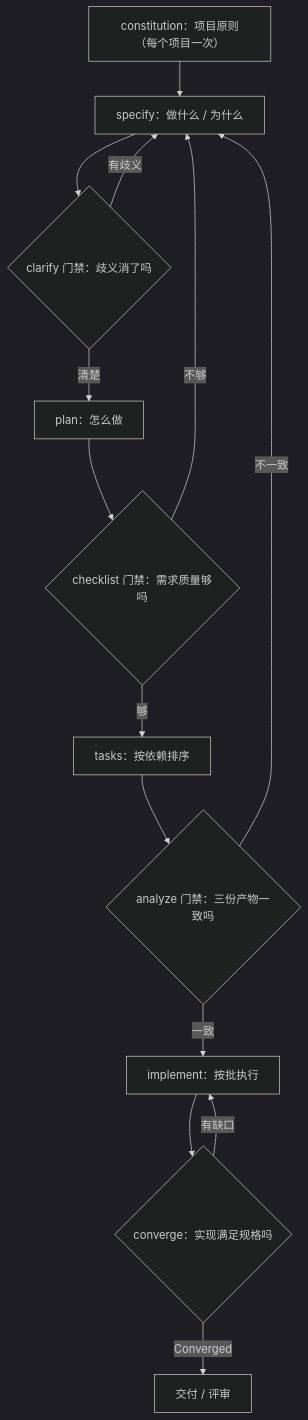
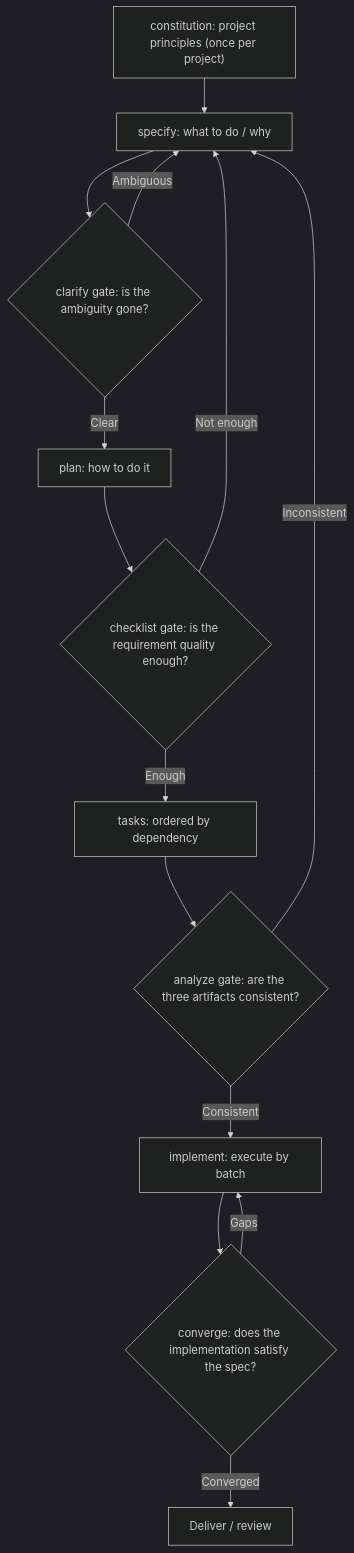
Before and after one commit to xzlxiao/vibe-coding-textbook: the first of 3 diagrams in phase2/chapters/ch08-pipeline.md, drawn with Mermaid (dark theme). The commit also changed other lines of this file and 15 other files, not shown here.

````diff
--- a/phase2/chapters/ch08-pipeline.md
+++ b/phase2/chapters/ch08-pipeline.md
@@ -50,16 +50,16 @@
 ```mermaid
 flowchart TD
-    C["constitution：项目原则（每个项目一次）"] --> S["specify：做什么 / 为什么"]
-    S --> CL{"clarify 门禁：歧义消了吗"}
-    CL -->|"有歧义"| S
-    CL -->|"清楚"| P["plan：怎么做"]
-    P --> CK{"checklist 门禁：需求质量够吗"}
-    CK -->|"不够"| S
-    CK -->|"够"| T["tasks：按依赖排序"]
-    T --> AN{"analyze 门禁：三份产物一致吗"}
-    AN -->|"不一致"| S
-    AN -->|"一致"| I["implement：按批执行"]
-    I --> CV{"converge：实现满足规格吗"}
-    CV -->|"有缺口"| I
-    CV -->|"Converged"| D["交付 / 评审"]
+    C["constitution: project principles (once per project)"] --> S["specify: what to do / why"]
+    S --> CL{"clarify gate: is the ambiguity gone?"}
+    CL -->|"Ambiguous"| S
+    CL -->|"Clear"| P["plan: how to do it"]
+    P --> CK{"checklist gate: is the requirement quality enough?"}
+    CK -->|"Not enough"| S
+    CK -->|"Enough"| T["tasks: ordered by dependency"]
+    T --> AN{"analyze gate: are the three artifacts consistent?"}
+    AN -->|"Inconsistent"| S
+    AN -->|"Consistent"| I["implement: execute by batch"]
+    I --> CV{"converge: does the implementation satisfy the spec?"}
+    CV -->|"Gaps"| I
+    CV -->|"Converged"| D["Deliver / review"]
 ```
````
